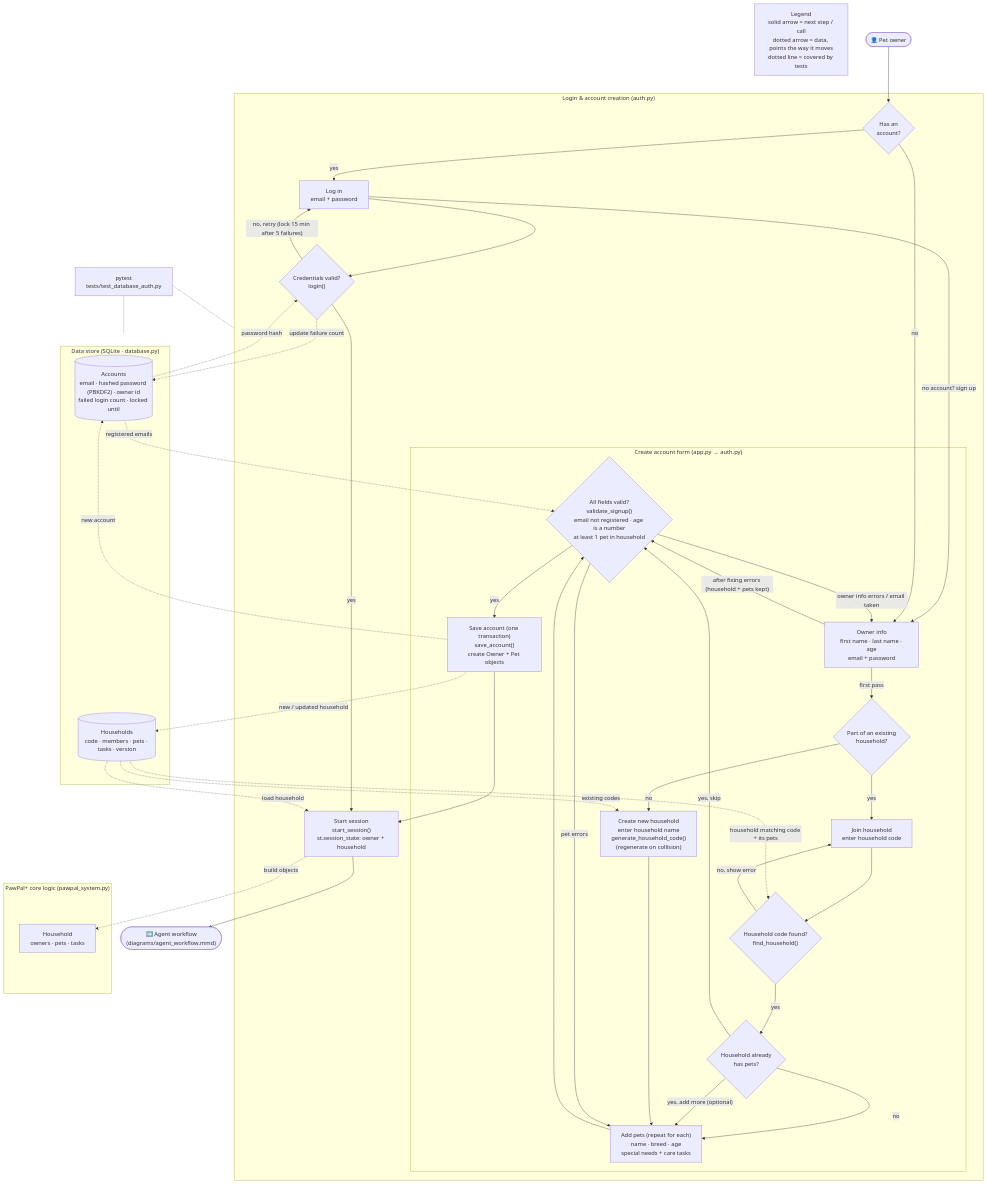
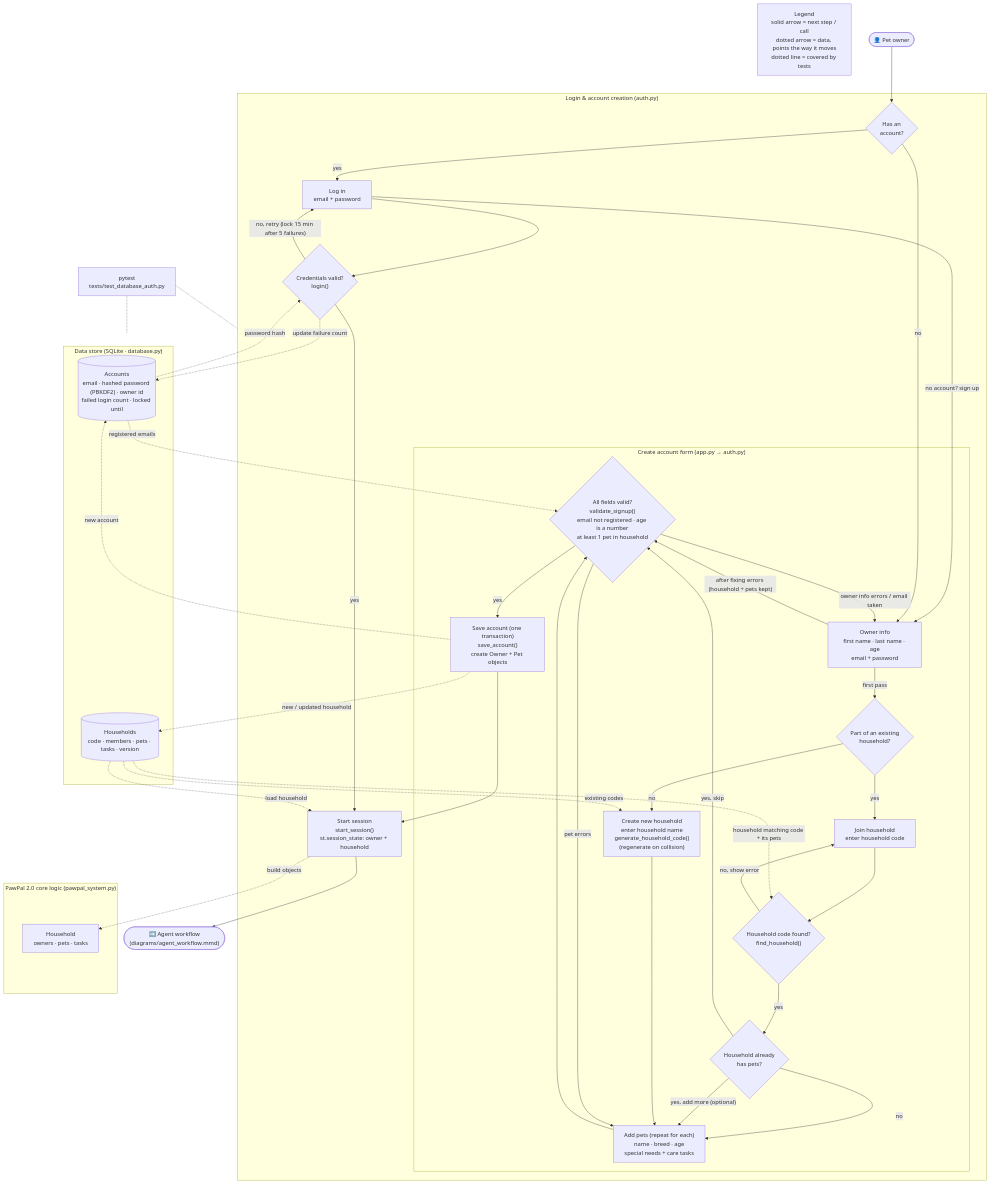
The diagram in diagrams/account_creation.mmd (jericawan/applied-ai-system-project), drawn with Mermaid before and after one commit. The commit also changed 10 other files, not shown here.

First line of the commit message:
Add events/vacations, Anyone assignment, and rename to PawPal 2.0

```diff
--- a/diagrams/account_creation.mmd
+++ b/diagrams/account_creation.mmd
@@ -1,87 +1,87 @@
 flowchart TD
-    %% PawPal+ architecture, part 1 of 2: login & account creation (auth.py + database.py)
+    %% PawPal 2.0 architecture, part 1 of 2: login & account creation (auth.py + database.py)
     %% Data flow: landing -> log in OR sign up -> save account -> start session -> agent workflow
     %% Part 2 (what happens after login) is in diagrams/agent_workflow.mmd
     %% LEGEND: solid arrow (-->) = next step / function call
     %%         dotted arrow (-.->) = data, pointing the way the data moves (reads point FROM the store)
     %%         dotted line, no arrow (-.-) = covered by tests
 
     Legend["Legend<br/>solid arrow = next step / call<br/>dotted arrow = data, points the way it moves<br/>dotted line = covered by tests"]
 
     User(["👤 Pet owner"])
 
     subgraph Auth["Login & account creation (auth.py)"]
         Landing{"Has an<br/>account?"}
         Login["Log in<br/>email + password"]
         Verify{"Credentials valid?<br/>login()"}
 
         subgraph Signup["Create account form (app.py → auth.py)"]
             S1["Owner info<br/>first name · last name · age<br/>email + password"]
             S2{"Part of an existing<br/>household?"}
             S3a["Join household<br/>enter household code"]
             CodeOK{"Household code found?<br/>find_household()"}
             HasPets{"Household already<br/>has pets?"}
             S3b["Create new household<br/>enter household name<br/>generate_household_code()<br/>(regenerate on collision)"]
             S4["Add pets (repeat for each)<br/>name · breed · age<br/>special needs + care tasks"]
             S5{"All fields valid?<br/>validate_signup()<br/>email not registered · age is a number<br/>at least 1 pet in household"}
             Save["Save account (one transaction)<br/>save_account()<br/>create Owner + Pet objects"]
         end
 
         Session["Start session<br/>start_session()<br/>st.session_state: owner + household"]
     end
 
     subgraph Store["Data store (SQLite · database.py)"]
         Accounts[("Accounts<br/>email · hashed password (PBKDF2) · owner id<br/>failed login count · locked until")]
         Households[("Households<br/>code · members · pets · tasks · version")]
     end
 
-    subgraph Core["PawPal+ core logic (pawpal_system.py)"]
+    subgraph Core["PawPal 2.0 core logic (pawpal_system.py)"]
         HH["Household<br/>owners · pets · tasks"]
     end
 
     Next(["➡️ Agent workflow<br/>(diagrams/agent_workflow.mmd)"])
 
     Tests["pytest<br/>tests/test_database_auth.py"]
 
     %% Login flow
     User --> Landing
     Landing -- "yes" --> Login
     Login --> Verify
     Accounts -. "password hash" .-> Verify
     Verify -. "update failure count" .-> Accounts
     Verify -- "no, retry (lock 15 min after 5 failures)" --> Login
     Login -- "no account? sign up" --> S1
     Verify -- "yes" --> Session
 
     %% Sign-up flow
     Landing -- "no" --> S1
     S1 -- "first pass" --> S2
     S1 -- "after fixing errors (household + pets kept)" --> S5
     S2 -- "yes" --> S3a
     S2 -- "no" --> S3b
     S3a --> CodeOK
     Households -. "household matching code + its pets" .-> CodeOK
     CodeOK -- "no, show error" --> S3a
     CodeOK -- "yes" --> HasPets
     HasPets -- "no" --> S4
     HasPets -- "yes, add more (optional)" --> S4
     HasPets -- "yes, skip" --> S5
     Households -. "existing codes" .-> S3b
     S3b --> S4
     S4 --> S5
     Accounts -. "registered emails" .-> S5
     S5 -- "owner info errors / email taken" --> S1
     S5 -- "pet errors" --> S4
     S5 -- "yes" --> Save
     Save -. "new account" .-> Accounts
     Save -. "new / updated household" .-> Households
     Save --> Session
 
     %% Session start
     Households -. "load household" .-> Session
     Session -. "build objects" .-> HH
     Session --> Next
 
     %% Tests
     Tests -.- Auth
     Tests -.- Store
```
